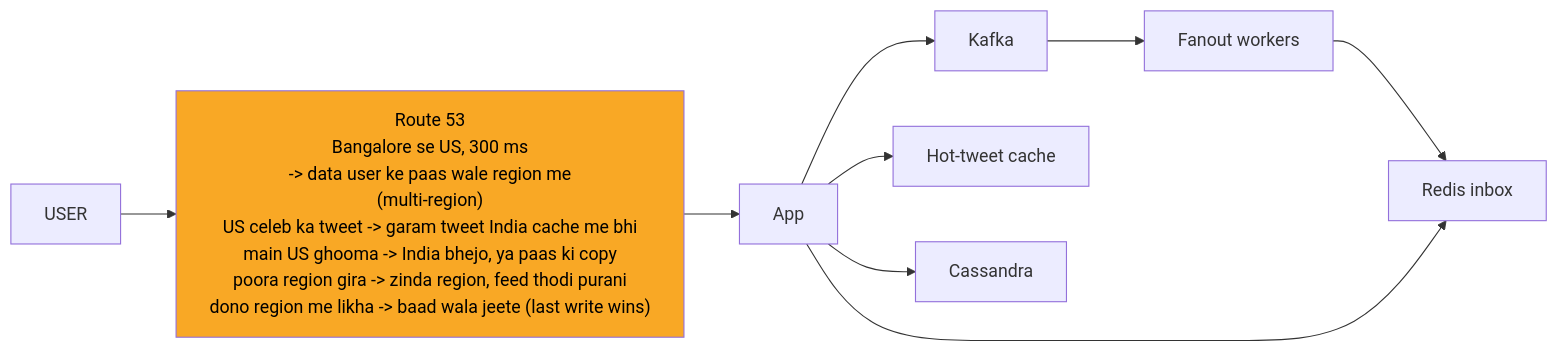
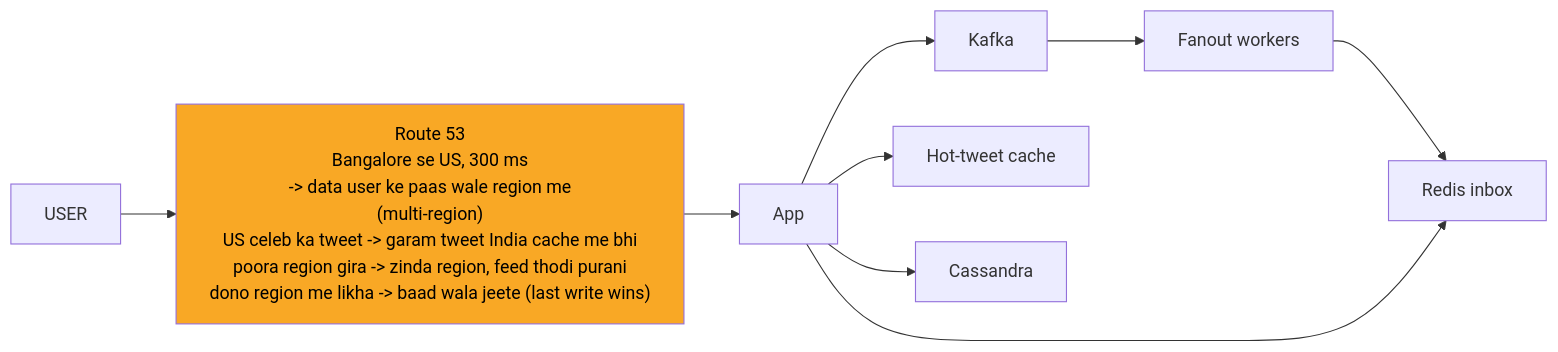
The eighth of 12 diagrams in 04_HLD/SYSTEM_DESIGNS/03_twitter_feed/03_twitter_feed.md (ArpanMaheshwari144/Prep), drawn with Mermaid before and after one commit. The commit also changed other lines of this file and 13 other files, not shown here.

````diff
--- a/04_HLD/SYSTEM_DESIGNS/03_twitter_feed/03_twitter_feed.md
+++ b/04_HLD/SYSTEM_DESIGNS/03_twitter_feed/03_twitter_feed.md
@@ -347,21 +347,21 @@
 ```mermaid
 %%{init: {"flowchart": {"wrappingWidth": 450}}}%%
 flowchart LR
     n_USER["USER"]
-    n_Route_53["Route 53<br/>Bangalore se US, 300 ms<br/>-> data user ke paas wale region me<br/>(multi-region)<br/>US celeb ka tweet -> garam tweet India cache me bhi<br/>main US ghooma -> India bhejo, ya paas ki copy<br/>poora region gira -> zinda region, feed thodi purani<br/>dono region me likha -> baad wala jeete (last write wins)"]
+    n_Route_53["Route 53<br/>Bangalore se US, 300 ms<br/>-> data user ke paas wale region me<br/>(multi-region)<br/>US celeb ka tweet -> garam tweet India cache me bhi<br/>poora region gira -> zinda region, feed thodi purani<br/>dono region me likha -> baad wala jeete (last write wins)"]
     n_App["App"]
     n_Kafka["Kafka"]
     n_Fanout_workers["Fanout workers"]
     n_Redis_inbox["Redis inbox"]
     n_Hot_tweet_cache["Hot-tweet cache"]
     n_Cassandra["Cassandra"]
     n_USER --> n_Route_53
     n_Route_53 --> n_App
     n_App --> n_Kafka
     n_App --> n_Hot_tweet_cache
     n_App --> n_Cassandra
     n_Kafka --> n_Fanout_workers
     n_Fanout_workers --> n_Redis_inbox
     n_App --> n_Redis_inbox
     style n_Route_53 fill:#f9a825,color:#000
 ```
````
